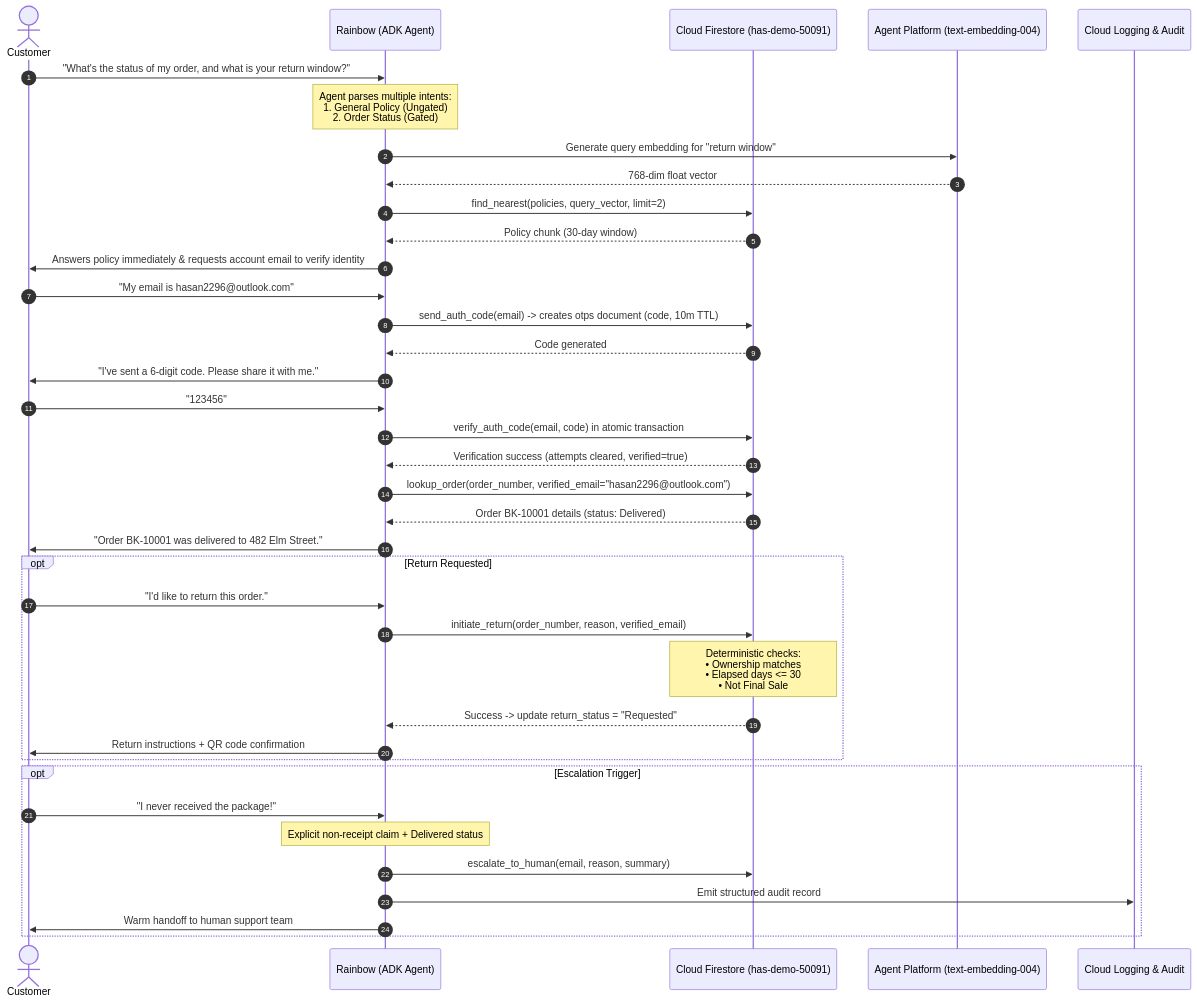
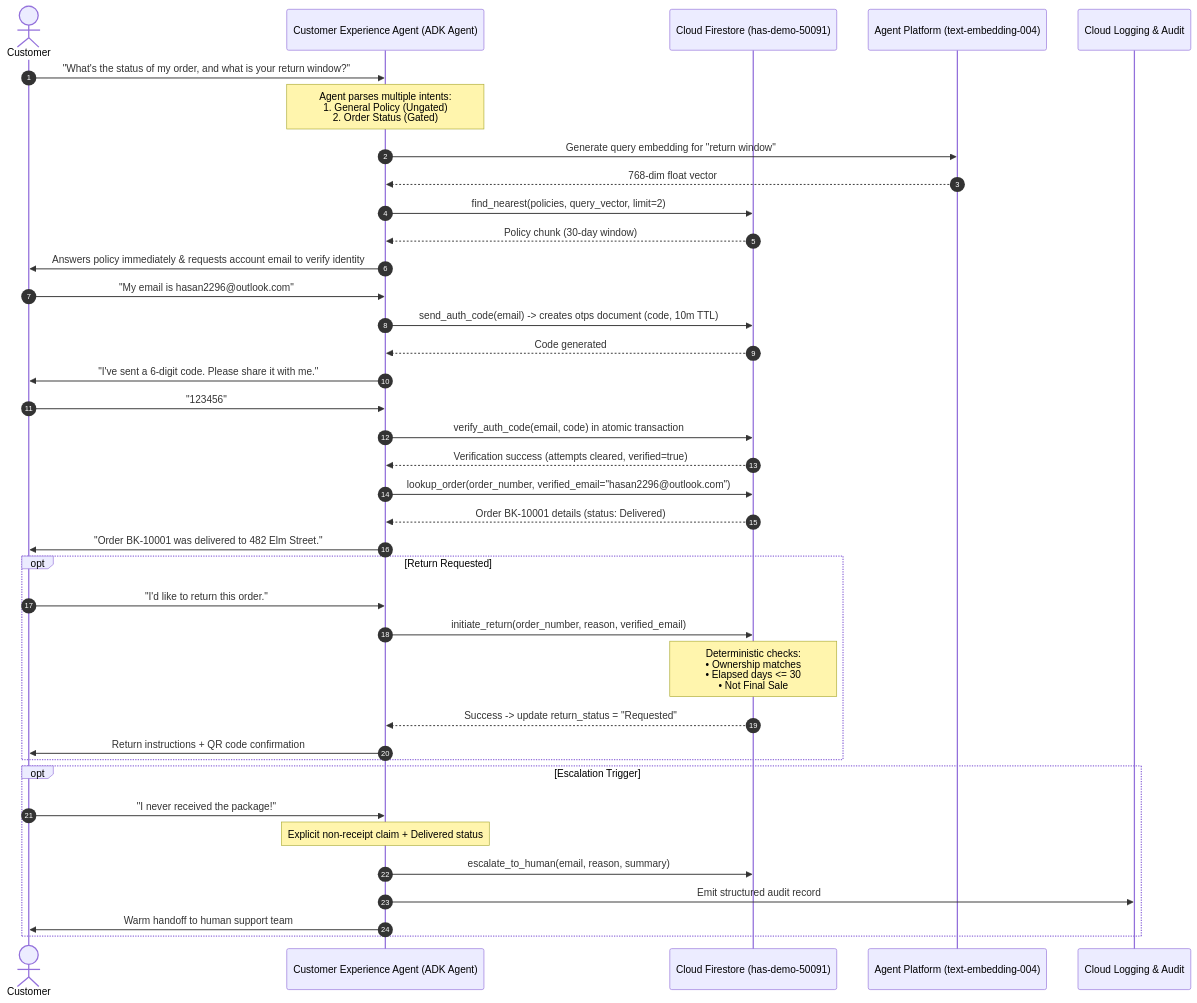
The diagram in docs/pilot_overview.md (hasarahman/customer-experience-agy), drawn with Mermaid before and after one commit. The commit also changed other lines of this file and 42 other files, not shown here.

Commit message:
feat: rebrand to nameless Customer Experience AI Assistant, scrub rainbow, update demo video

````diff
--- a/docs/pilot_overview.md
+++ b/docs/pilot_overview.md
@@ -30,48 +30,48 @@
 ```mermaid
 sequenceDiagram
     autonumber
     actor Customer
-    participant Agent as Rainbow (ADK Agent)
+    participant Agent as Customer Experience Agent (ADK Agent)
     participant Firestore as Cloud Firestore (has-demo-50091)
     participant VertexAI as Agent Platform (text-embedding-004)
     participant Logging as Cloud Logging & Audit
 
     Customer->>Agent: "What's the status of my order, and what is your return window?"
     Note over Agent: Agent parses multiple intents:<br/>1. General Policy (Ungated)<br/>2. Order Status (Gated)
 
     Agent->>VertexAI: Generate query embedding for "return window"
     VertexAI-->>Agent: 768-dim float vector
     Agent->>Firestore: find_nearest(policies, query_vector, limit=2)
     Firestore-->>Agent: Policy chunk (30-day window)
 
     Agent->>Customer: Answers policy immediately & requests account email to verify identity
     Customer->>Agent: "My email is hasan2296@outlook.com"
 
     Agent->>Firestore: send_auth_code(email) -> creates otps document (code, 10m TTL)
     Firestore-->>Agent: Code generated
     Agent->>Customer: "I've sent a 6-digit code. Please share it with me."
 
     Customer->>Agent: "123456"
     Agent->>Firestore: verify_auth_code(email, code) in atomic transaction
     Firestore-->>Agent: Verification success (attempts cleared, verified=true)
 
     Agent->>Firestore: lookup_order(order_number, verified_email="hasan2296@outlook.com")
     Firestore-->>Agent: Order BK-10001 details (status: Delivered)
     Agent->>Customer: "Order BK-10001 was delivered to 482 Elm Street."
 
     opt Return Requested
         Customer->>Agent: "I'd like to return this order."
         Agent->>Firestore: initiate_return(order_number, reason, verified_email)
         Note over Firestore: Deterministic checks:<br/>• Ownership matches<br/>• Elapsed days <= 30<br/>• Not Final Sale
         Firestore-->>Agent: Success -> update return_status = "Requested"
         Agent->>Customer: Return instructions + QR code confirmation
     end
 
     opt Escalation Trigger
         Customer->>Agent: "I never received the package!"
         Note over Agent: Explicit non-receipt claim + Delivered status
         Agent->>Firestore: escalate_to_human(email, reason, summary)
         Agent->>Logging: Emit structured audit record
         Agent->>Customer: Warm handoff to human support team
     end
 ```
````
